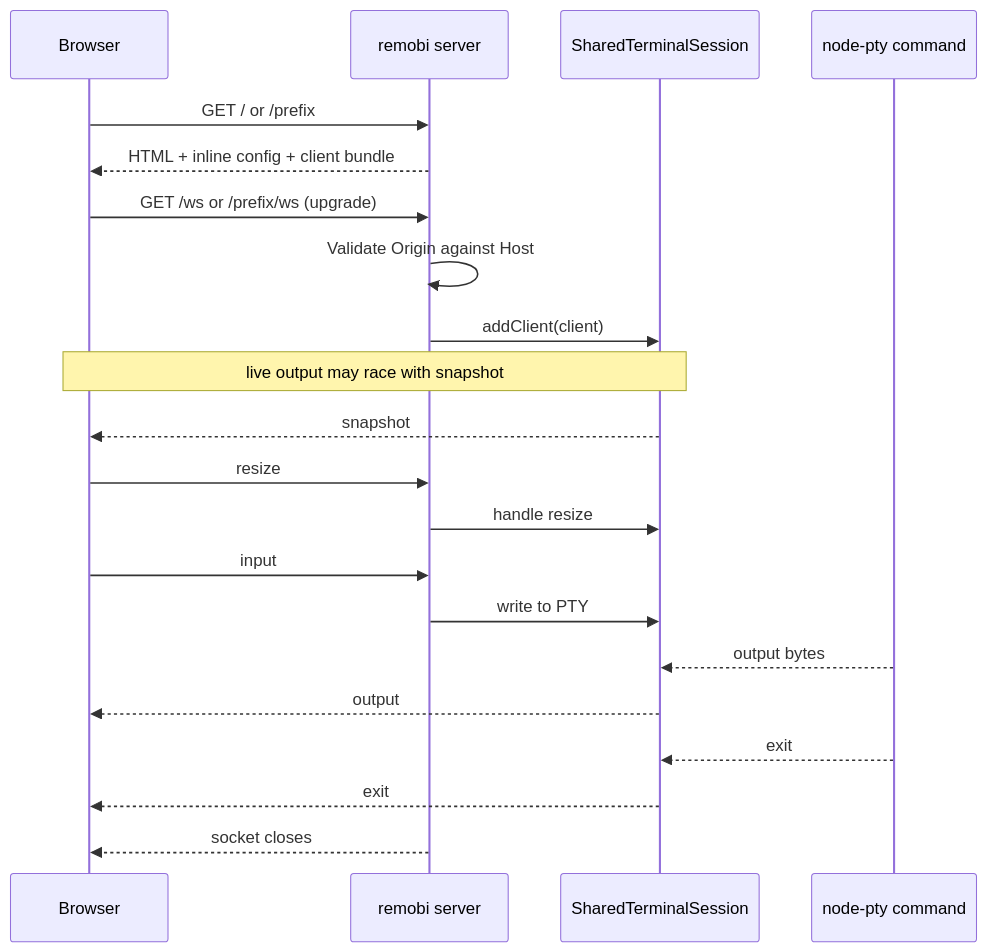
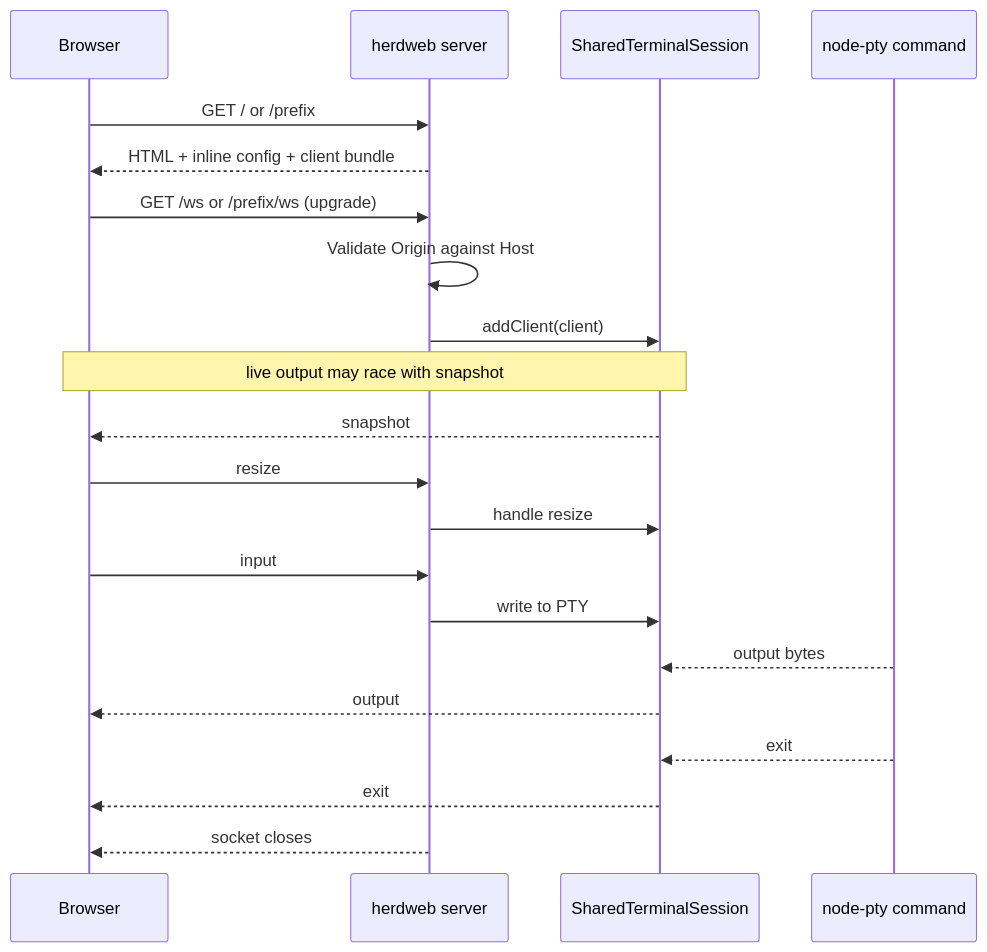
The diagram in docs/architecture/networking-and-websockets.md (zj1123581321/remobi), drawn with Mermaid before and after one commit. The commit also changed other lines of this file and 1 other file, not shown here.

First line of the commit message:
docs(architecture): rename and rewrite for herdweb herdr runtime

````diff
--- a/docs/architecture/networking-and-websockets.md
+++ b/docs/architecture/networking-and-websockets.md
@@ -26,24 +26,24 @@
 ```mermaid
 sequenceDiagram
     participant Browser
-    participant Server as remobi server
+    participant Server as herdweb server
     participant Session as SharedTerminalSession
     participant PTY as node-pty command
 
     Browser->>Server: GET / or /prefix
     Server-->>Browser: HTML + inline config + client bundle
     Browser->>Server: GET /ws or /prefix/ws (upgrade)
     Server->>Server: Validate Origin against Host
     Server->>Session: addClient(client)
     Note over Session,Browser: live output may race with snapshot
     Session-->>Browser: snapshot
     Browser->>Server: resize
     Server->>Session: handle resize
     Browser->>Server: input
     Server->>Session: write to PTY
     PTY-->>Session: output bytes
     Session-->>Browser: output
     PTY-->>Session: exit
     Session-->>Browser: exit
     Server-->>Browser: socket closes
 ```
````
